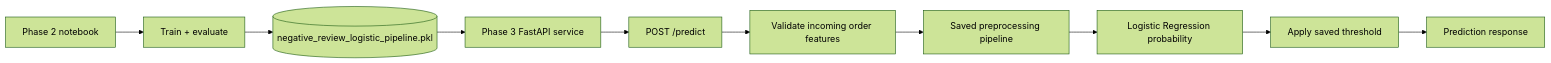
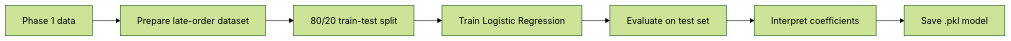
Before and after one commit to Voycepeh/Team01_IT5006_Ecommerce_Analytics_AY2627Sem1: the diagram in docs/phase2-classification-workflow.md, drawn with Mermaid (forest theme). The commit also changed other lines of this file, not shown here.

Commit message:
Simplify Phase 2 classification workflow documentation

````diff
--- a/docs/phase2-classification-workflow.md
+++ b/docs/phase2-classification-workflow.md
@@ -148,12 +17,9 @@
 ```mermaid
 flowchart LR
-    A[Phase 2 notebook] --> B[Train + evaluate]
-    B --> C[(negative_review_logistic_pipeline.pkl)]
-    C --> D[Phase 3 FastAPI service]
-    D --> E[POST /predict]
-    E --> F[Validate incoming order features]
-    F --> G[Saved preprocessing pipeline]
-    G --> H[Logistic Regression probability]
-    H --> I[Apply saved threshold]
-    I --> J[Prediction response]
+    A[Phase 1 data] --> B[Prepare late-order dataset]
+    B --> C[80/20 train-test split]
+    C --> D[Train Logistic Regression]
+    D --> E[Evaluate on test set]
+    E --> F[Interpret coefficients]
+    F --> G[Save .pkl model]
 ```
````
